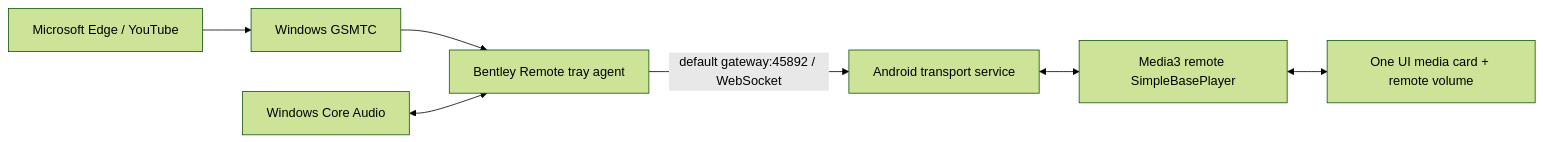
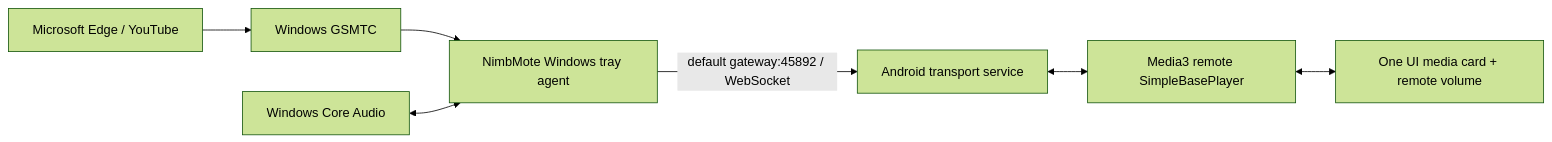
One commit to pinkelectric/NimbMote changed the diagram in docs/ARCHITECTURE.md. Above: the diagram before and after it, drawn with Mermaid (forest theme). The commit also changed 4 other files, not shown here.

Commit message:
docs: prepare NimbMote Showcase submission

````diff
--- a/docs/ARCHITECTURE.md
+++ b/docs/ARCHITECTURE.md
@@ -5,9 +5,9 @@
 ```mermaid
 flowchart LR
     Edge["Microsoft Edge / YouTube"] --> GSMTC["Windows GSMTC"]
-    GSMTC --> Agent["Bentley Remote tray agent"]
+    GSMTC --> Agent["NimbMote Windows tray agent"]
     CoreAudio["Windows Core Audio"] <--> Agent
     Agent -->|"default gateway:45892 / WebSocket"| Phone["Android transport service"]
 Phone <--> Player["Media3 remote SimpleBasePlayer"]
     Player <--> SystemUI["One UI media card + remote volume"]
 ```
````
